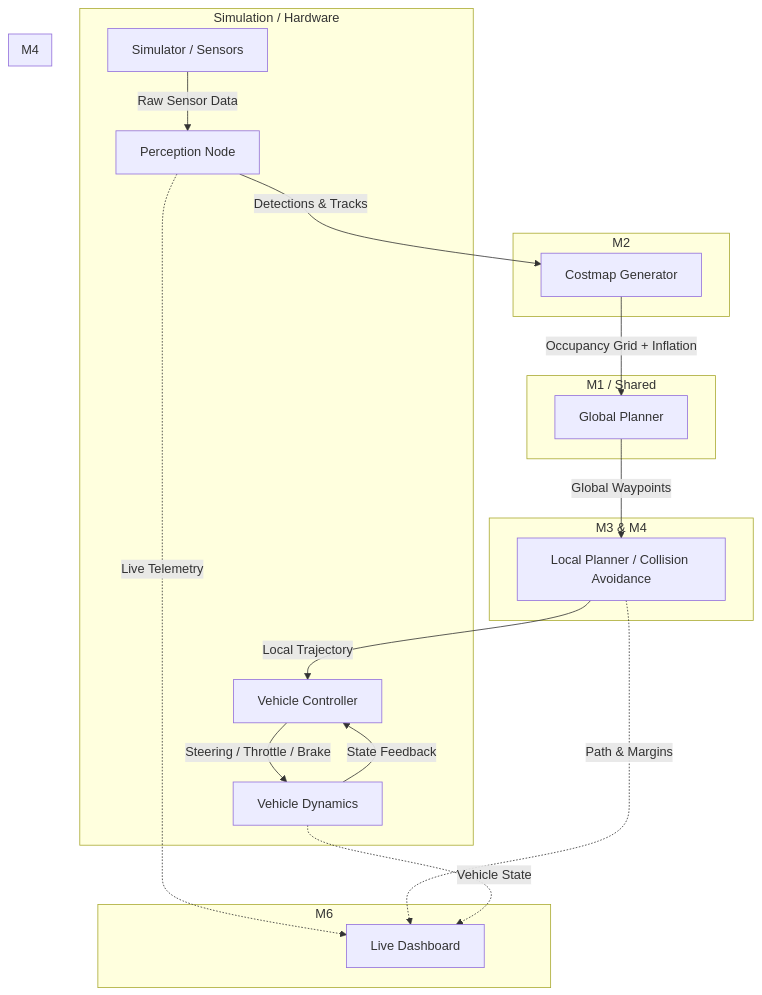
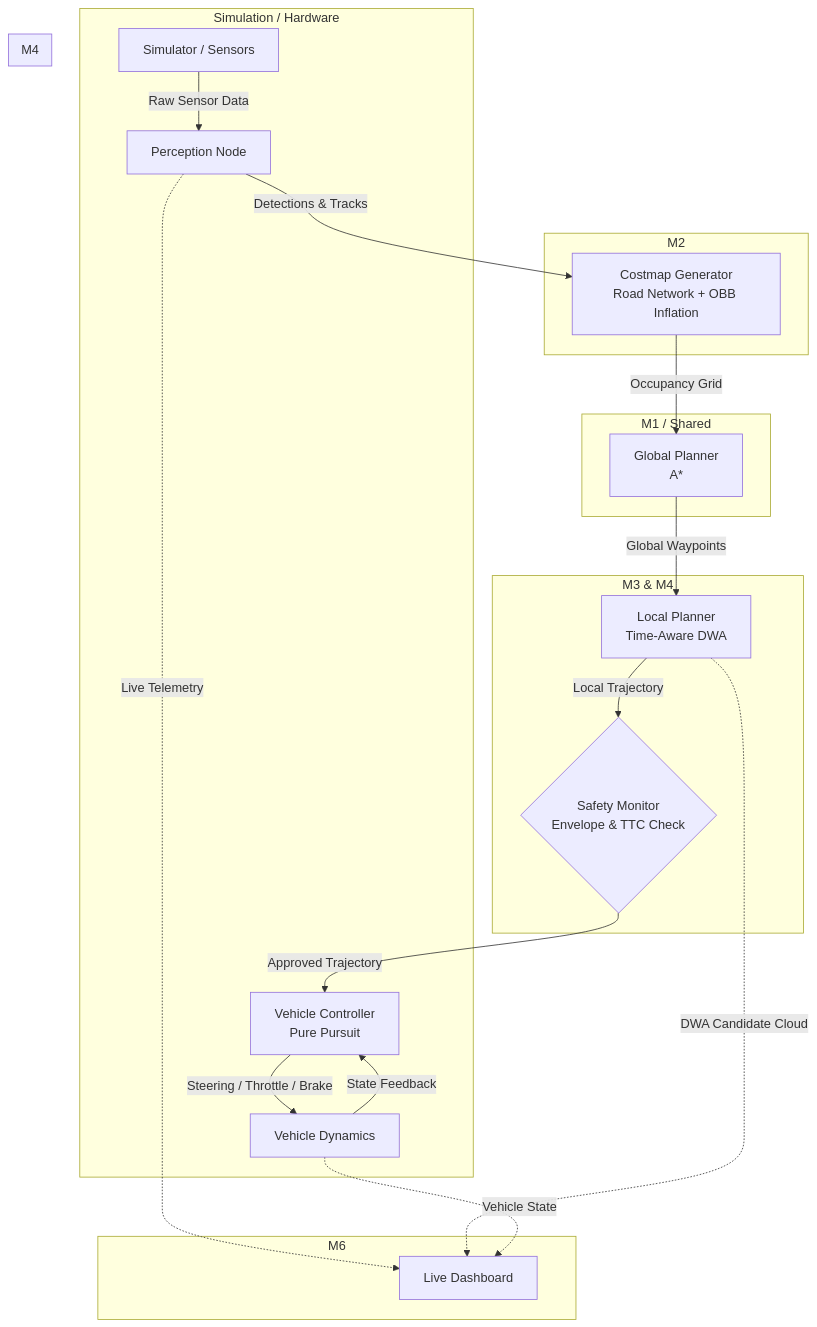
The diagram in README.md (lemuel-fernandes/marg.ai), drawn with Mermaid before and after one commit. The commit also changed other lines of this file, not shown here.

````diff
--- a/README.md
+++ b/README.md
@@ -114,30 +54,31 @@
 ```mermaid
 graph TD
     subgraph Simulation / Hardware
         S[Simulator / Sensors] -->|Raw Sensor Data| P
         V[Vehicle Dynamics] -->|State Feedback| C
     end
 
     subgraph Perception [M2]
         P[Perception Node] -->|Detections & Tracks| M
     end
 
     subgraph Mapping [M1 / Shared]
-        M[Costmap Generator] -->|Occupancy Grid + Inflation| GP
+        M[Costmap Generator<br/>Road Network + OBB Inflation] -->|Occupancy Grid| GP
     end
 
     subgraph Planning [M3 & M4]
-        GP[Global Planner] -->|Global Waypoints| LP
-        LP[Local Planner / Collision Avoidance] -->|Local Trajectory| C
+        GP[Global Planner<br/>A*] -->|Global Waypoints| LP
+        LP[Local Planner<br/>Time-Aware DWA] -->|Local Trajectory| SM
     end
 
-    subgraph Control [M4]
-        C[Vehicle Controller] -->|Steering / Throttle / Brake| V
+    subgraph Safety & Control [M4]
+        SM{Safety Monitor<br/>Envelope & TTC Check} -->|Approved Trajectory| C
+        C[Vehicle Controller<br/>Pure Pursuit] -->|Steering / Throttle / Brake| V
     end
 
     subgraph Dashboard [M6]
         P -.->|Live Telemetry| D[Live Dashboard]
-        LP -.->|Path & Margins| D
+        LP -.->|DWA Candidate Cloud| D
         V -.->|Vehicle State| D
     end
 ```
````
